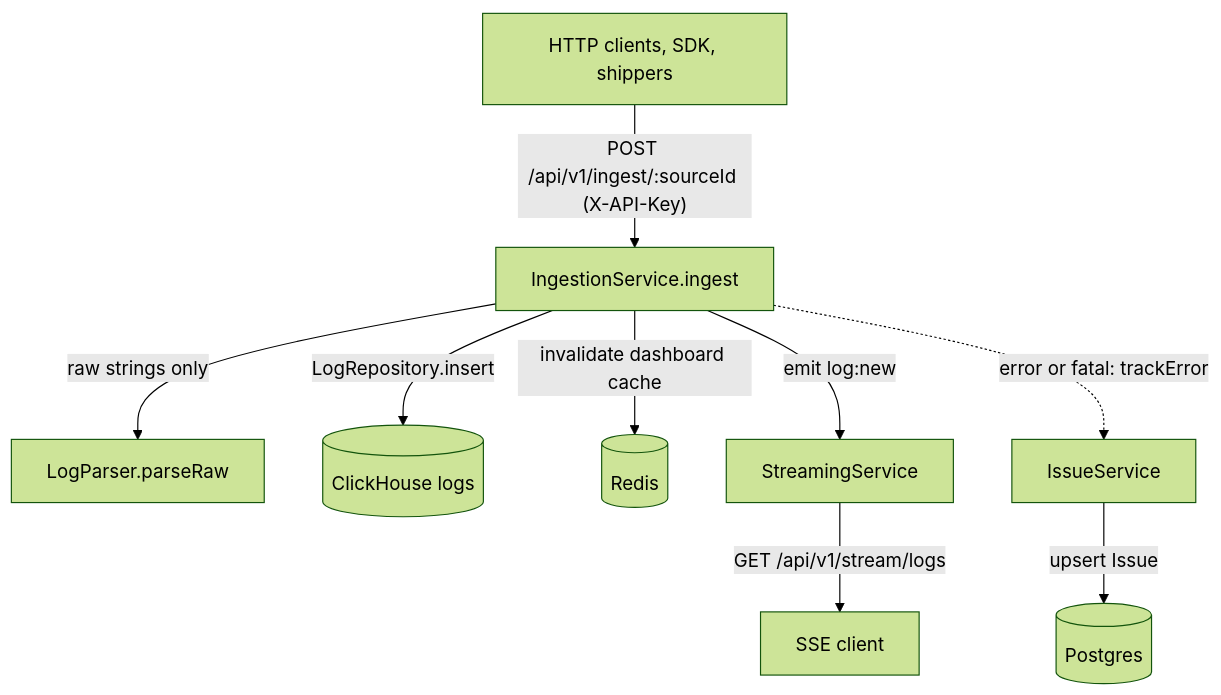
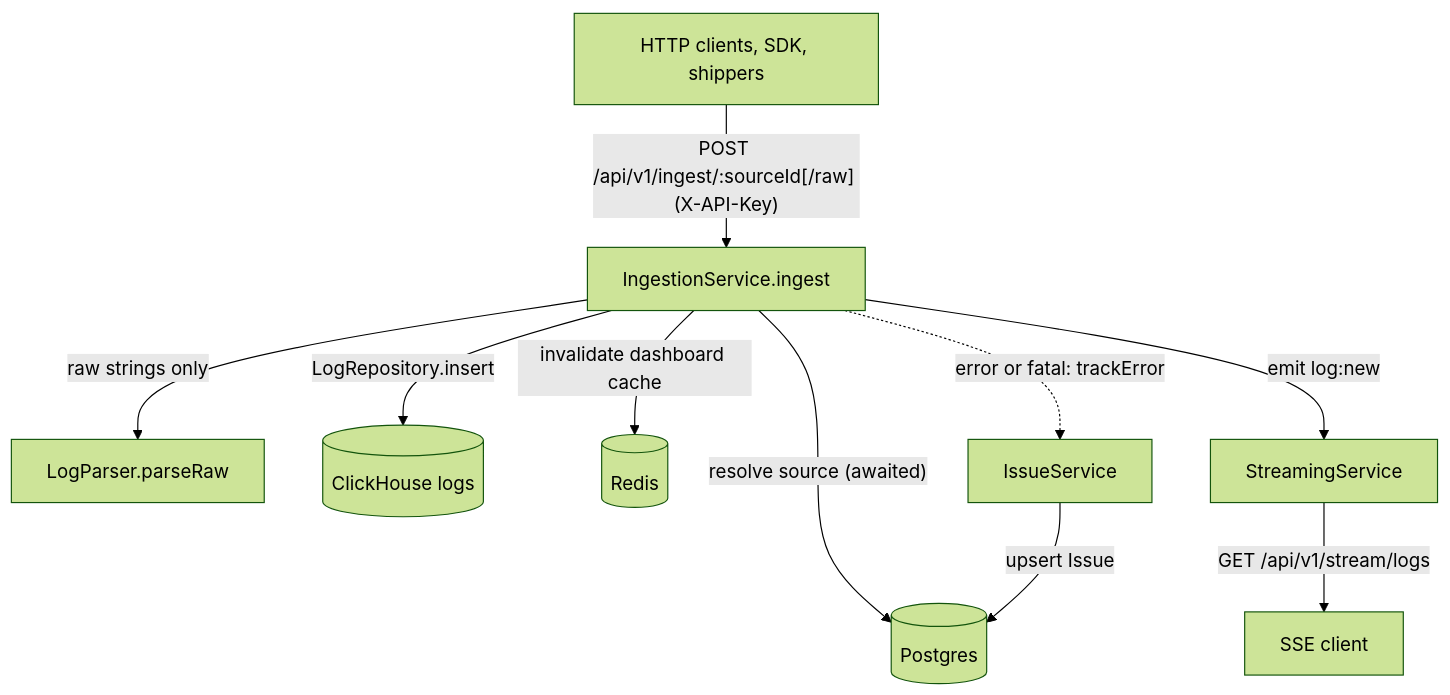
Before and after one commit to LanNguyenSi/telerithm: the first of 3 diagrams in docs/architecture.md, drawn with Mermaid (forest theme). The commit also changed other lines of this file and 8 other files, not shown here.

````diff
--- a/docs/architecture.md
+++ b/docs/architecture.md
@@ -47,11 +47,12 @@
 ```mermaid
 flowchart TD
-  SRC["HTTP clients, SDK, shippers"] -->|"POST /api/v1/ingest/:sourceId (X-API-Key)"| ING[IngestionService.ingest]
+  SRC["HTTP clients, SDK, shippers"] -->|"POST /api/v1/ingest/:sourceId[/raw] (X-API-Key)"| ING[IngestionService.ingest]
+  ING -->|"resolve source (awaited)"| PG[(Postgres)]
   ING -->|raw strings only| PARSE[LogParser.parseRaw]
   ING -->|LogRepository.insert| CH[("ClickHouse logs")]
   ING -->|invalidate dashboard cache| REDIS[(Redis)]
   ING -->|"emit log:new"| STREAM[StreamingService]
   STREAM -->|"GET /api/v1/stream/logs"| SSE[SSE client]
   ING -.->|"error or fatal: trackError"| ISSUE[IssueService]
-  ISSUE -->|upsert Issue| PG[(Postgres)]
+  ISSUE -->|upsert Issue| PG
 ```
````
